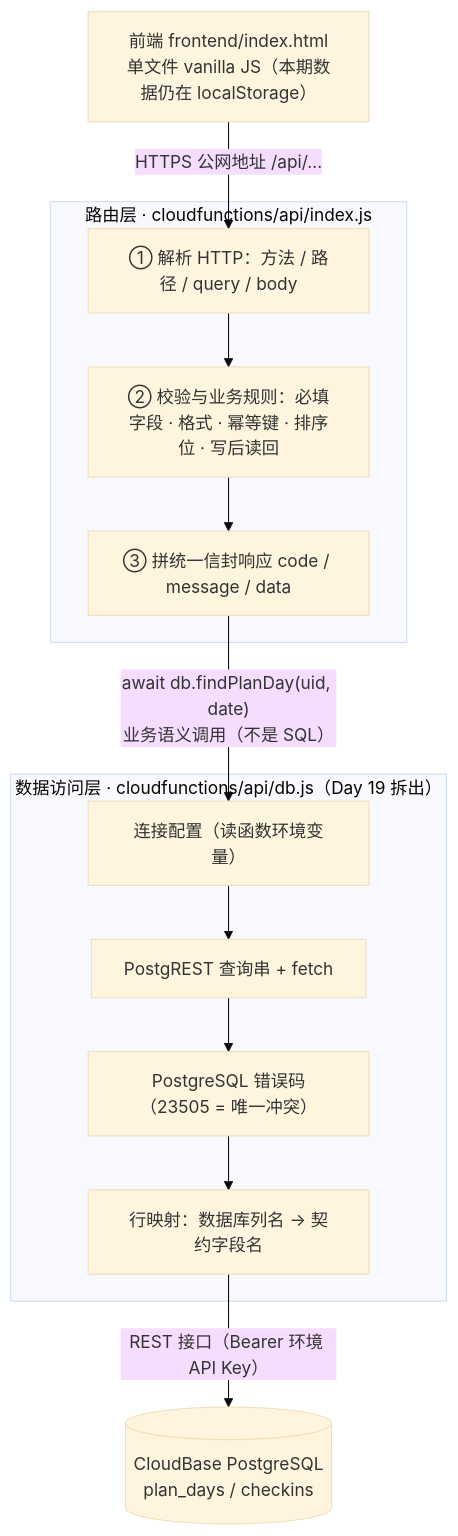
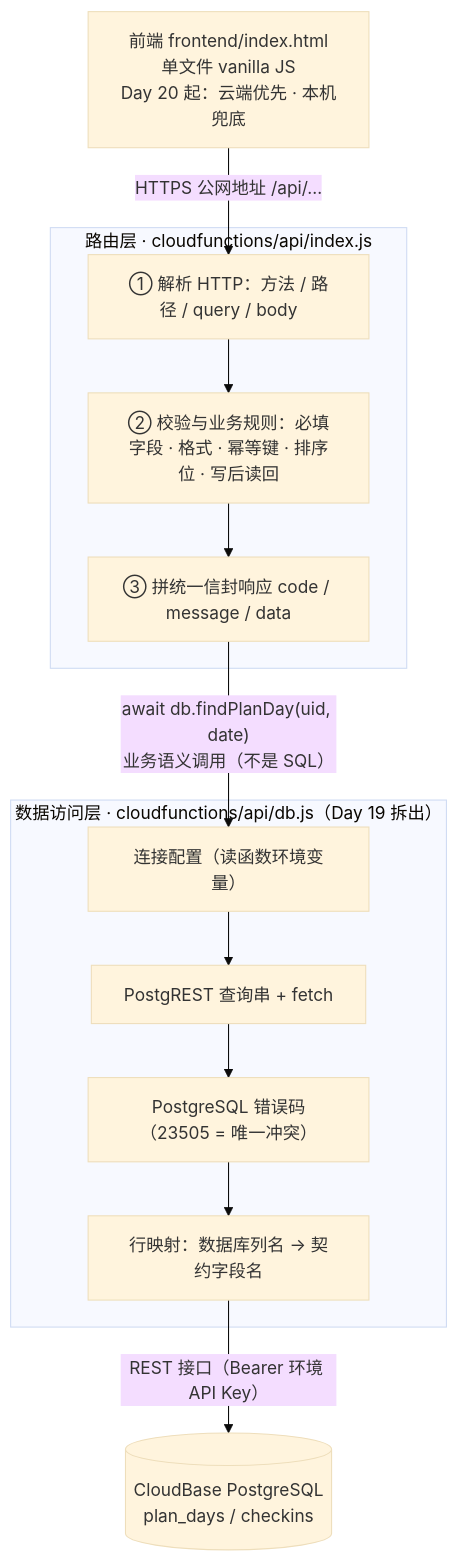
One commit to XingHo-VibeCoding/graciapptd-vibe-coding-course changed the diagram in habit-tracker/TECH_DESIGN.md. Above: the diagram before and after it, drawn with Mermaid (base theme). The commit also changed other lines of this file and 7 other files, not shown here.

````diff
--- a/habit-tracker/TECH_DESIGN.md
+++ b/habit-tracker/TECH_DESIGN.md
@@ -126,25 +126,25 @@
 ```mermaid
 flowchart TB
-  FE["前端 frontend/index.html<br/>单文件 vanilla JS（本期数据仍在 localStorage）"]
+  FE["前端 frontend/index.html<br/>单文件 vanilla JS<br/>Day 20 起：云端优先 · 本机兜底"]
   subgraph ROUTE["路由层 · cloudfunctions/api/index.js"]
     R1["① 解析 HTTP：方法 / 路径 / query / body"]
     R2["② 校验与业务规则：必填字段 · 格式 · 幂等键 · 排序位 · 写后读回"]
     R3["③ 拼统一信封响应 code / message / data"]
   end
   subgraph DATA["数据访问层 · cloudfunctions/api/db.js（Day 19 拆出）"]
     D1["连接配置（读函数环境变量）"]
     D2["PostgREST 查询串 + fetch"]
     D3["PostgreSQL 错误码（23505 = 唯一冲突）"]
     D4["行映射：数据库列名 → 契约字段名"]
   end
   DB[("CloudBase PostgreSQL<br/>plan_days / checkins")]
 
   FE -->|"HTTPS 公网地址 /api/…"| R1
   R1 --> R2
   R2 --> R3
   R3 -->|"await db.findPlanDay(uid, date)<br/>业务语义调用（不是 SQL）"| D1
   D1 --> D2
   D2 --> D3
   D3 --> D4
   D4 -->|"REST 接口（Bearer 环境 API Key）"| DB
 ```
````
